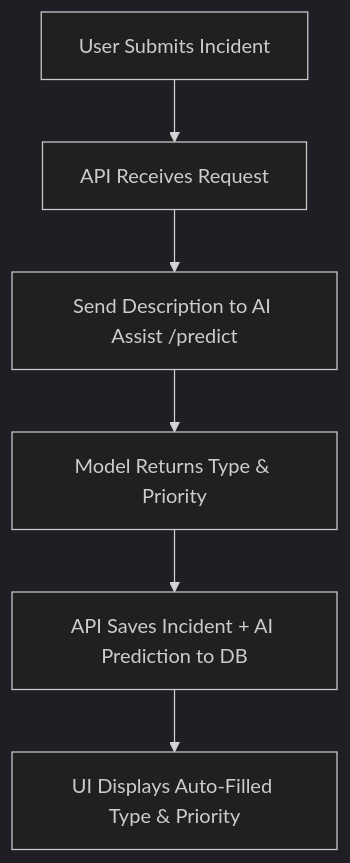
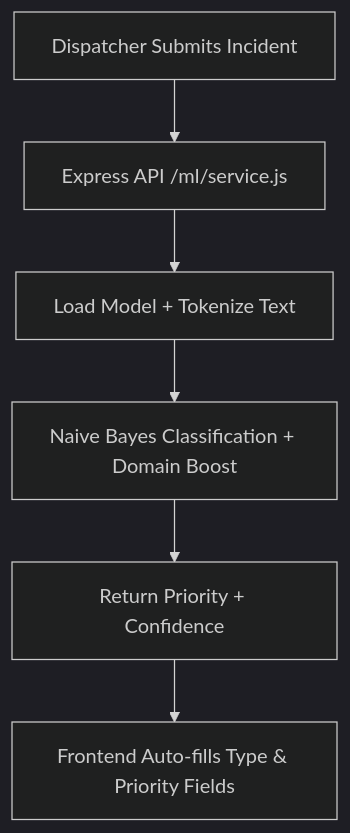
Before and after one commit to SFrank80/i2r: the diagram in README.md, drawn with Mermaid (dark theme). The commit also changed other lines of this file, not shown here.

First line of the commit message:
Revise README for AI Assist module details

````diff
--- a/README.md
+++ b/README.md
@@ -499,8 +503,8 @@
 ```mermaid
 flowchart TD
-    A[User Submits Incident] --> B[API Receives Request]
-    B --> C[Send Description to AI Assist /predict]
-    C --> D[Model Returns Type & Priority]
-    D --> E[API Saves Incident + AI Prediction to DB]
-    E --> F[UI Displays Auto-Filled Type & Priority]
+    A[Dispatcher Submits Incident] --> B[Express API /ml/service.js]
+    B --> C[Load Model + Tokenize Text]
+    C --> D[Naive Bayes Classification + Domain Boost]
+    D --> E[Return Priority + Confidence]
+    E --> F[Frontend Auto-fills Type & Priority Fields]
 ```
````
